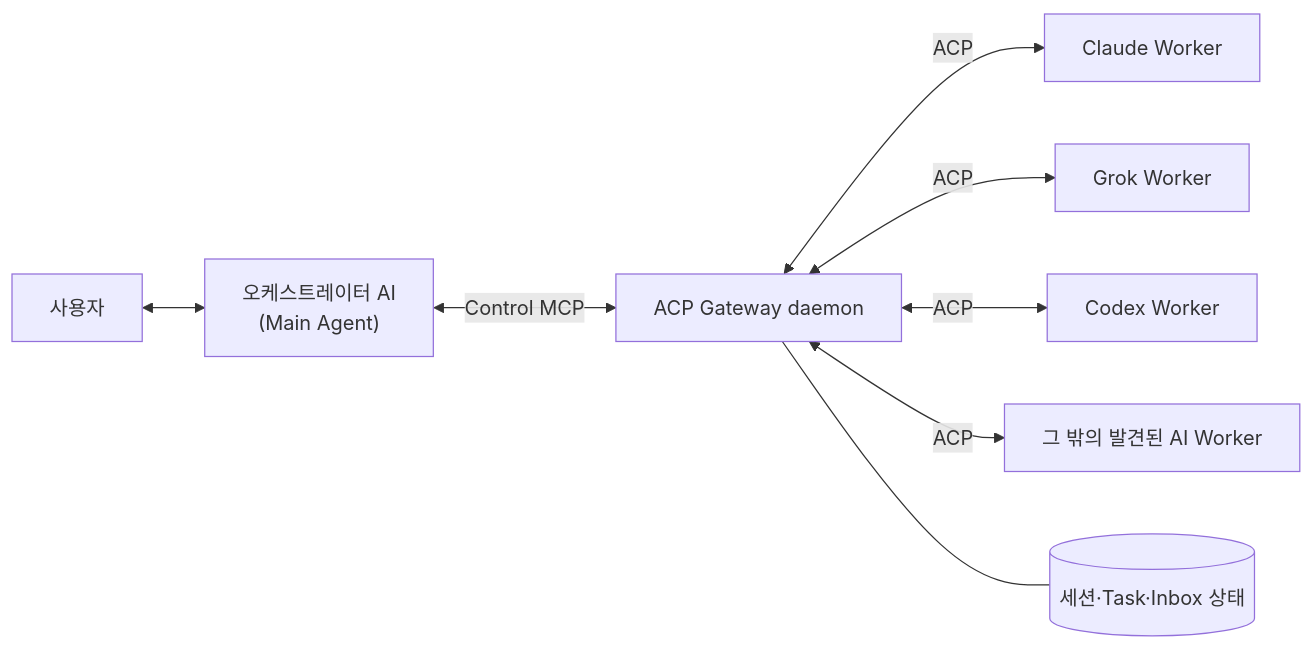
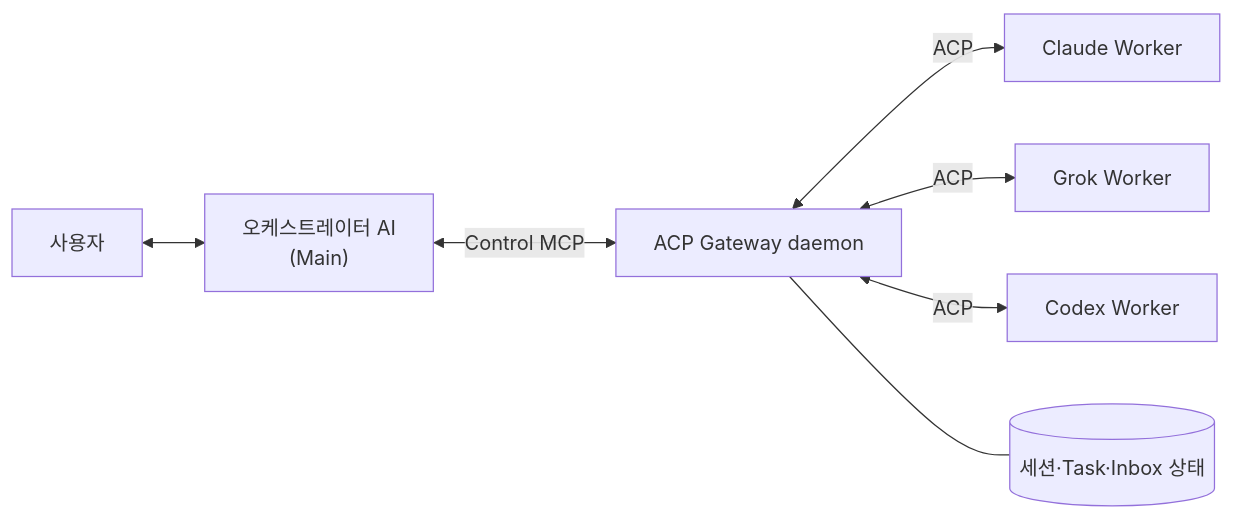
One commit to creverse-ai-lab/AgenLynk changed the diagram in README.md. Above: the diagram before and after it, drawn with Mermaid. The commit also changed other lines of this file, not shown here.

````diff
--- a/README.md
+++ b/README.md
@@ -251,10 +93,9 @@
 ```mermaid
 flowchart LR
-    U["사용자"] <--> M["오케스트레이터 AI<br/>(Main Agent)"]
+    U["사용자"] <--> M["오케스트레이터 AI<br/>(Main)"]
     M <-->|"Control MCP"| G["ACP Gateway daemon"]
     G <-->|"ACP"| C["Claude Worker"]
     G <-->|"ACP"| X["Grok Worker"]
     G <-->|"ACP"| O["Codex Worker"]
-    G <-->|"ACP"| A["그 밖의 발견된 AI Worker"]
     G --- S[("세션·Task·Inbox 상태")]
 ```
````
